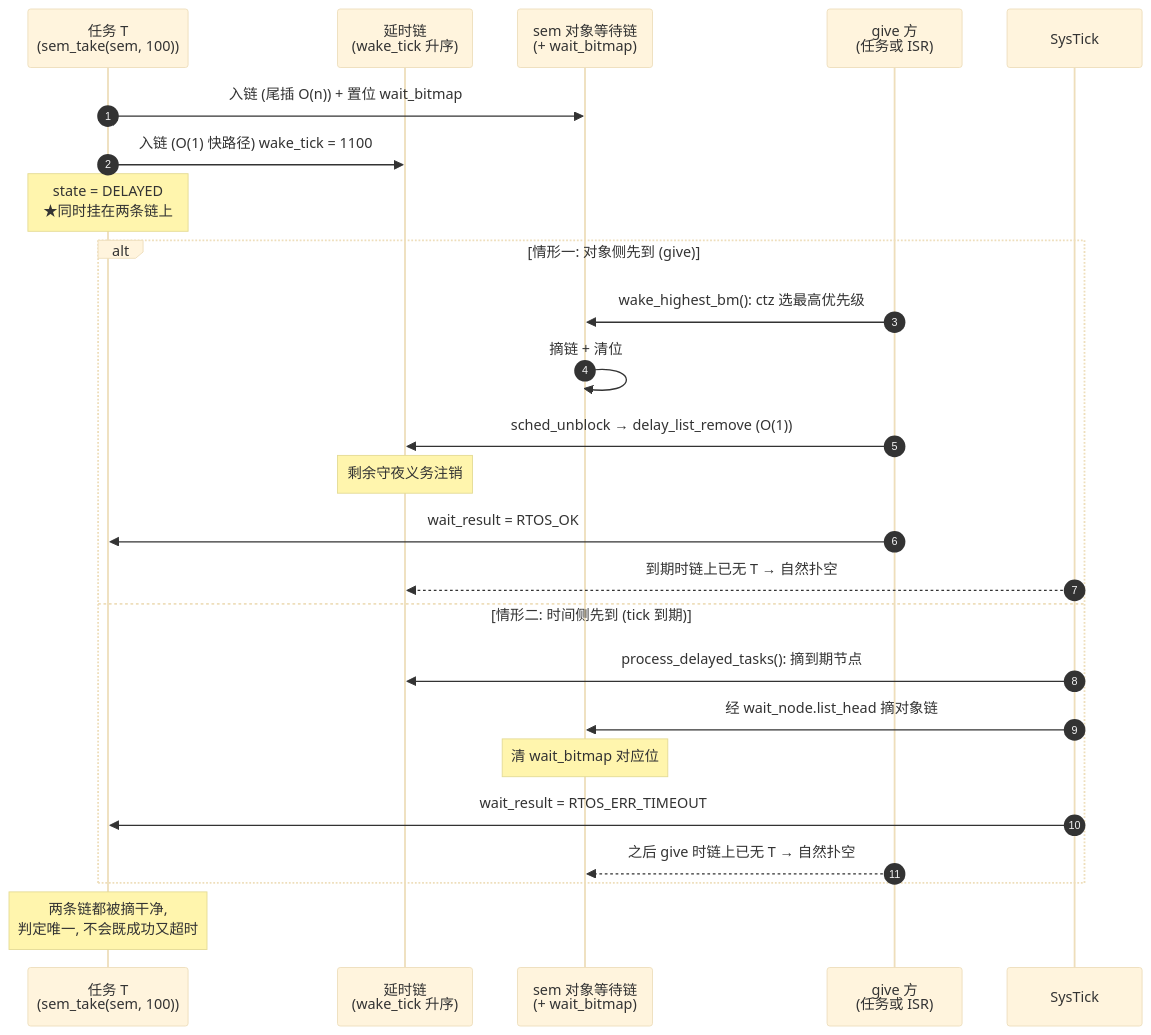
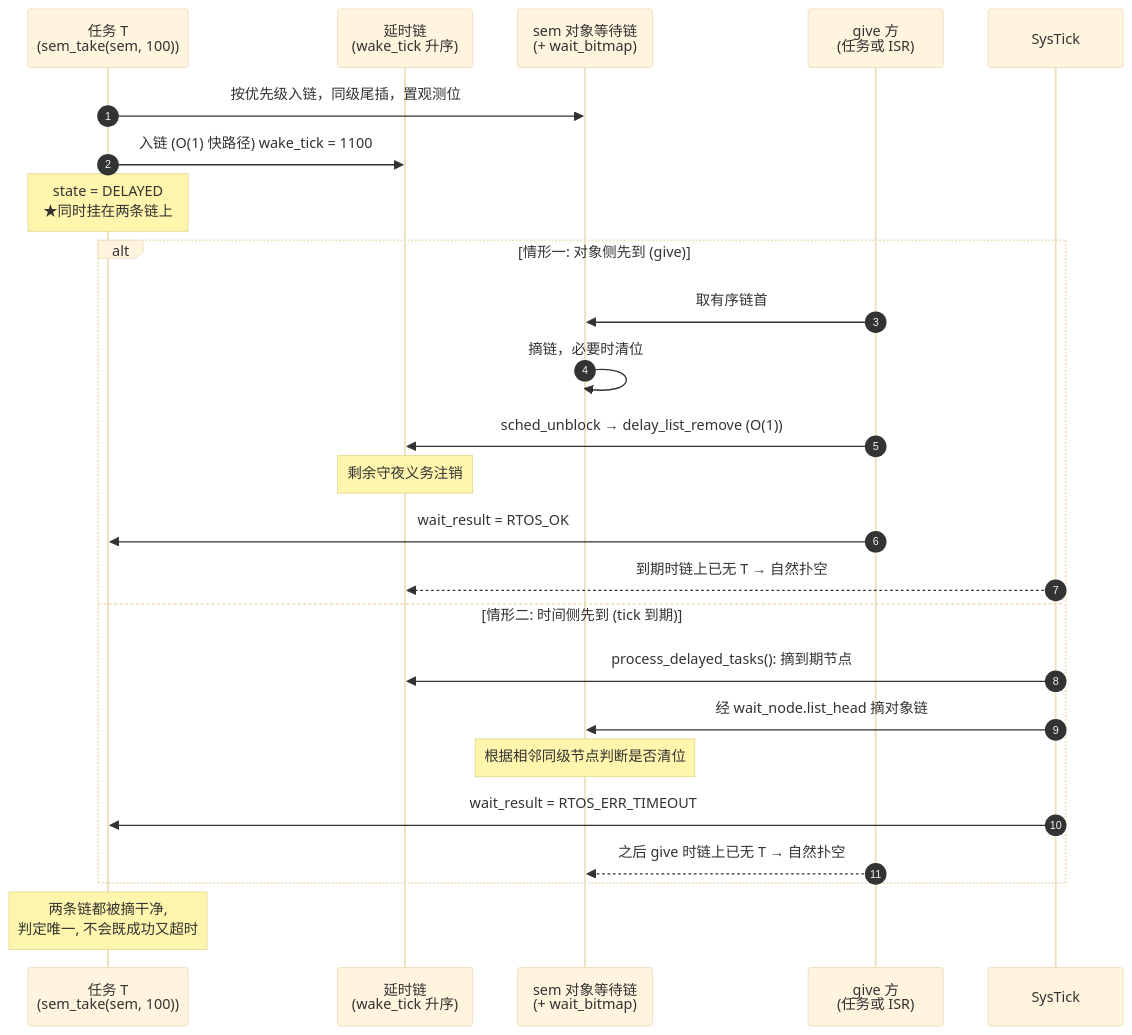
Before and after one commit to ArchHang/RTOS: the ninth of 19 diagrams in docs/rtos_design.md, drawn with Mermaid (base theme). The commit also changed other lines of this file and 5 other files, not shown here.

````diff
--- a/docs/rtos_design.md
+++ b/docs/rtos_design.md
@@ -681,29 +642,29 @@
 ```mermaid
 sequenceDiagram
     autonumber
     participant W as 任务 T<br/>(sem_take(sem, 100))
     participant D as 延时链<br/>(wake_tick 升序)
     participant O as sem 对象等待链<br/>(+ wait_bitmap)
     participant G as give 方<br/>(任务或 ISR)
     participant K as SysTick
 
-    W->>O: 入链 (尾插 O(n)) + 置位 wait_bitmap
+    W->>O: 按优先级入链，同级尾插，置观测位
     W->>D: 入链 (O(1) 快路径) wake_tick = 1100
     Note over W: state = DELAYED<br/>★同时挂在两条链上
 
     alt 情形一: 对象侧先到 (give)
-        G->>O: wake_highest_bm(): ctz 选最高优先级
-        O->>O: 摘链 + 清位
+        G->>O: 取有序链首
+        O->>O: 摘链，必要时清位
         G->>D: sched_unblock → delay_list_remove (O(1))
         Note over D: 剩余守夜义务注销
         G->>W: wait_result = RTOS_OK
         K-->>D: 到期时链上已无 T → 自然扑空
     else 情形二: 时间侧先到 (tick 到期)
         K->>D: process_delayed_tasks(): 摘到期节点
         K->>O: 经 wait_node.list_head 摘对象链
-        Note over O: 清 wait_bitmap 对应位
+        Note over O: 根据相邻同级节点判断是否清位
         K->>W: wait_result = RTOS_ERR_TIMEOUT
         G-->>O: 之后 give 时链上已无 T → 自然扑空
     end
     Note over W: 两条链都被摘干净,<br/>判定唯一, 不会既成功又超时
 ```
````
